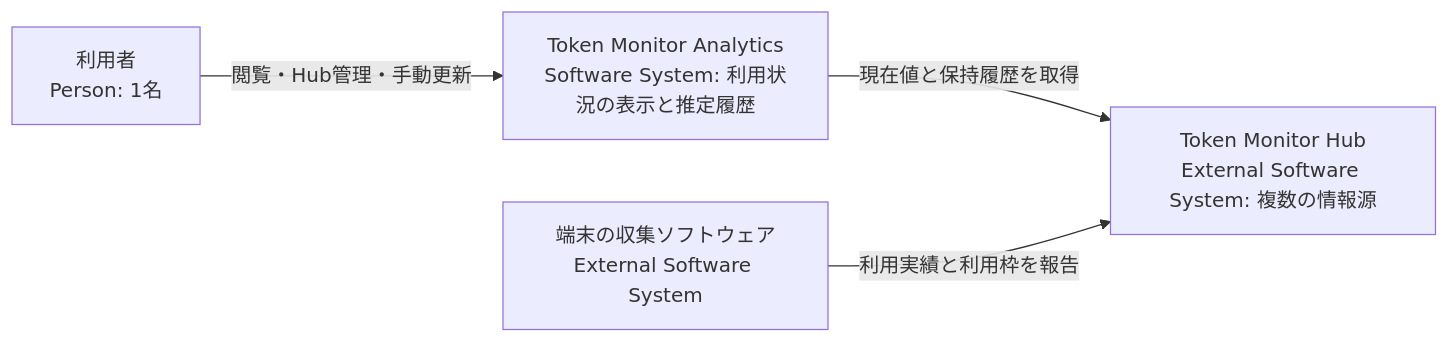
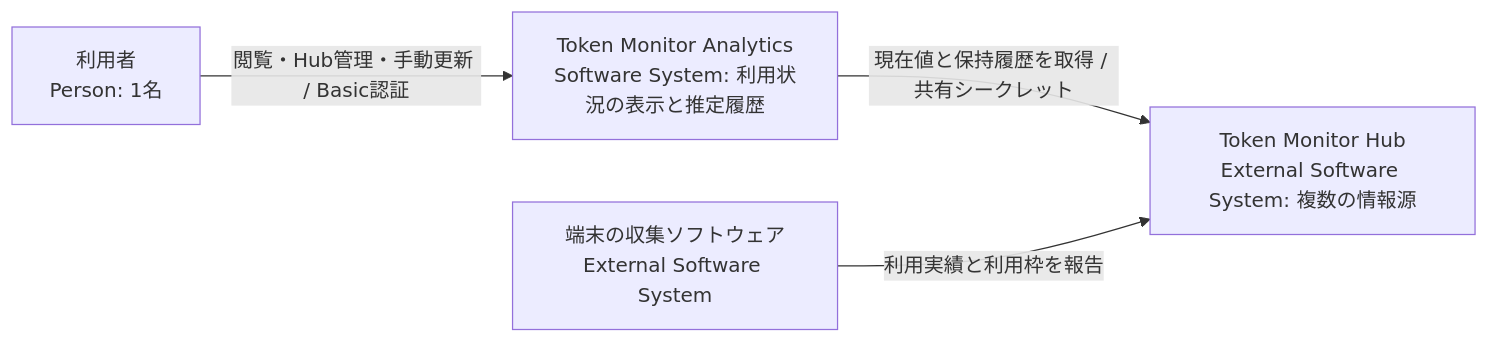
Before and after one commit to nuitsjp/token-monitor-analytics: the first of 4 diagrams in docs/architecture.md, drawn with Mermaid. The commit also changed other lines of this file and 12 other files, not shown here.

````diff
--- a/docs/architecture.md
+++ b/docs/architecture.md
@@ -19,10 +15,10 @@
 ```mermaid
 flowchart LR
     Person["利用者<br/>Person: 1名"]
     Analytics["Token Monitor Analytics<br/>Software System: 利用状況の表示と推定履歴"]
     Hub["Token Monitor Hub<br/>External Software System: 複数の情報源"]
     Devices["端末の収集ソフトウェア<br/>External Software System"]
-    Person -->|閲覧・Hub管理・手動更新| Analytics
-    Analytics -->|現在値と保持履歴を取得| Hub
+    Person -->|閲覧・Hub管理・手動更新 / Basic認証| Analytics
+    Analytics -->|現在値と保持履歴を取得 / 共有シークレット| Hub
     Devices -->|利用実績と利用枠を報告| Hub
 ```
````
